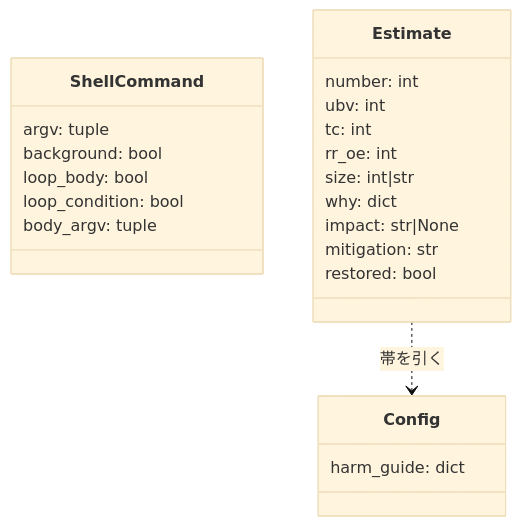
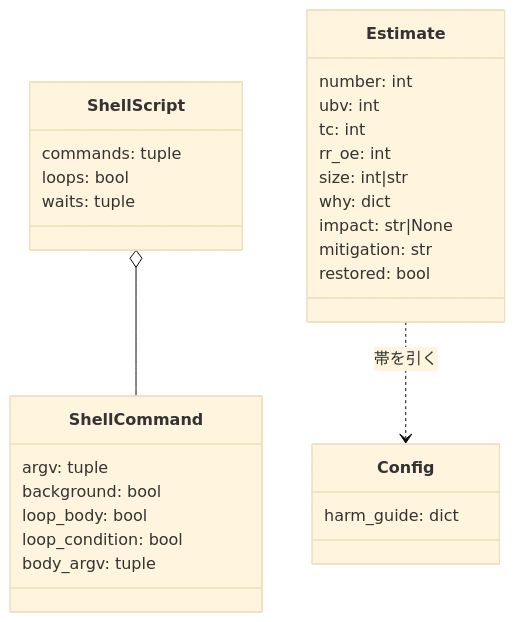
The second of 3 diagrams in issues/issue-3851-3856-3854-design.md (devbasex/ai-plugins), drawn with Mermaid (base theme) before and after one commit. The commit also changed other lines of this file and 1 other file, not shown here.

Commit message:
Docs: 内側の単純コマンドは waits に分け、外側の背景とループの位置を引き継ぐ（#3851）

````diff
--- a/issues/issue-3851-3856-3854-design.md
+++ b/issues/issue-3851-3856-3854-design.md
@@ -193,25 +193,31 @@
 ```mermaid
 classDiagram
+  class ShellScript {
+    commands: tuple
+    loops: bool
+    waits: tuple
+  }
   class ShellCommand {
     argv: tuple
     background: bool
     loop_body: bool
     loop_condition: bool
     body_argv: tuple
   }
   class Estimate {
     number: int
     ubv: int
     tc: int
     rr_oe: int
     size: int|str
     why: dict
     impact: str|None
     mitigation: str
     restored: bool
   }
   class Config {
     harm_guide: dict
   }
   Estimate ..> Config : 帯を引く
+  ShellScript o-- ShellCommand
 ```
````
